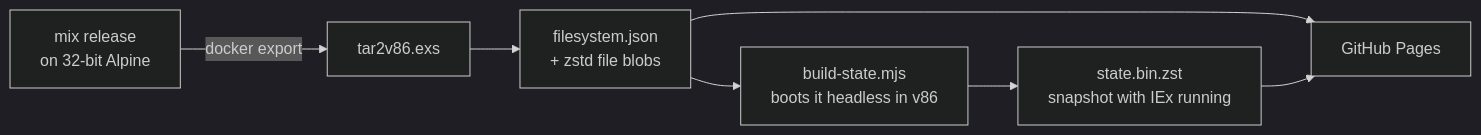
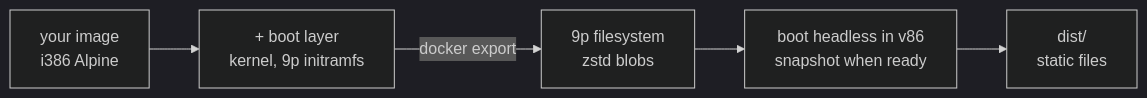
Before and after one commit to filipecabaco/iex_wasm: the diagram in README.md, drawn with Mermaid (dark theme). The commit also changed other lines of this file and 47 other files, not shown here.

Commit message:
Replace beam_box with snowglobe, a Go CLI that packages any i386 Alpine image into a static v86 site

````diff
--- a/README.md
+++ b/README.md
@@ -33,9 +57,7 @@
 ```mermaid
 flowchart LR
-    D[mix release<br/>on 32-bit Alpine] -->|docker export| T[tar2v86.exs]
-    T --> FS[filesystem.json<br/>+ zstd file blobs]
-    FS --> B[build-state.mjs<br/>boots it headless in v86]
-    B --> S[state.bin.zst<br/>snapshot with IEx running]
-    FS --> P[GitHub Pages]
-    S --> P
+    I[your image<br/>i386 Alpine] --> B[+ boot layer<br/>kernel, 9p initramfs]
+    B -->|docker export| C[9p filesystem<br/>zstd blobs]
+    C --> S[boot headless in v86<br/>snapshot when ready]
+    S --> D[dist/<br/>static files]
 ```
````
